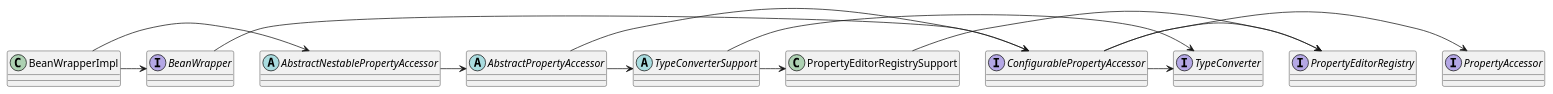
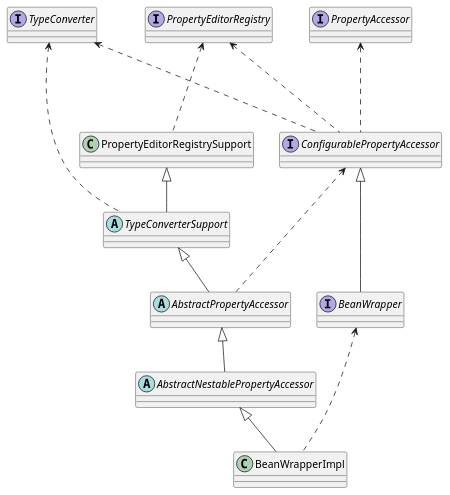
One commit to qe2592008/articles changed the diagram in Notes/UML/BeanWrapper继承结构.puml. Above: the diagram before and after it, drawn with PlantUML. The commit also changed 16 other files, not shown here.

```diff
--- a/Notes/UML/BeanWrapper继承结构.puml
+++ b/Notes/UML/BeanWrapper继承结构.puml
@@ -1,27 +1,27 @@
 @startuml
 
 interface PropertyAccessor
 interface PropertyEditorRegistry
 interface TypeConverter
 interface ConfigurablePropertyAccessor
 class PropertyEditorRegistrySupport
 abstract class TypeConverterSupport
 abstract class AbstractPropertyAccessor
 abstract class AbstractNestablePropertyAccessor
 interface BeanWrapper
 class BeanWrapperImpl
 
 
-ConfigurablePropertyAccessor -> PropertyAccessor
-ConfigurablePropertyAccessor ->PropertyEditorRegistry
-ConfigurablePropertyAccessor -> TypeConverter
-PropertyEditorRegistrySupport -> PropertyEditorRegistry
-TypeConverterSupport -> TypeConverter
-TypeConverterSupport -> PropertyEditorRegistrySupport
-AbstractPropertyAccessor -> TypeConverterSupport
-AbstractPropertyAccessor -> ConfigurablePropertyAccessor
-AbstractNestablePropertyAccessor -> AbstractPropertyAccessor
-BeanWrapper -> ConfigurablePropertyAccessor
-BeanWrapperImpl -> AbstractNestablePropertyAccessor
-BeanWrapperImpl -> BeanWrapper
+ConfigurablePropertyAccessor -up..> PropertyAccessor
+ConfigurablePropertyAccessor -up..> PropertyEditorRegistry
+ConfigurablePropertyAccessor -up..> TypeConverter
+PropertyEditorRegistrySupport -up..> PropertyEditorRegistry
+TypeConverterSupport -up..> TypeConverter
+TypeConverterSupport -up-|> PropertyEditorRegistrySupport
+AbstractPropertyAccessor -up-|> TypeConverterSupport
+AbstractPropertyAccessor -up..> ConfigurablePropertyAccessor
+AbstractNestablePropertyAccessor -up-|> AbstractPropertyAccessor
+BeanWrapper -up-|> ConfigurablePropertyAccessor
+BeanWrapperImpl -up-|> AbstractNestablePropertyAccessor
+BeanWrapperImpl -up..> BeanWrapper
 @enduml
```
